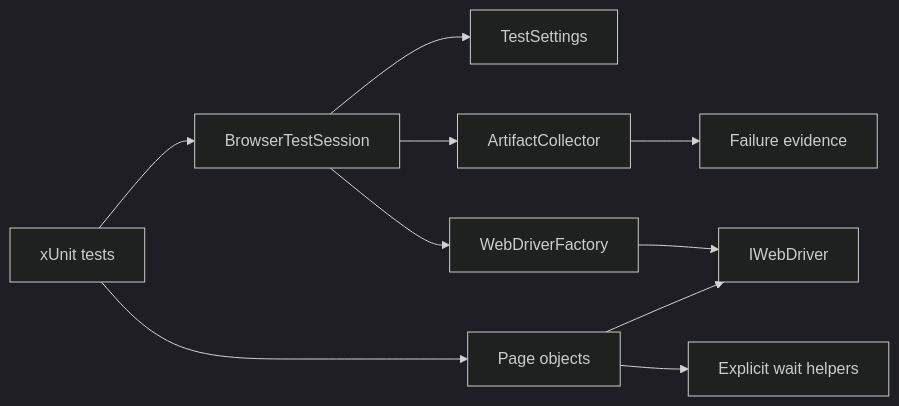
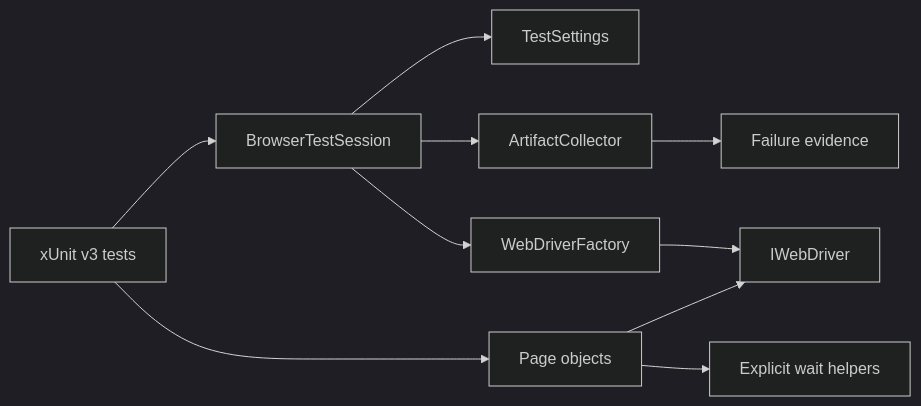
Before and after one commit to portyu9/qa-automation-dotnet-selenium: the diagram in docs/ARCHITECTURE.md, drawn with Mermaid (dark theme). The commit also changed other lines of this file and 6 other files, not shown here.

````diff
--- a/docs/ARCHITECTURE.md
+++ b/docs/ARCHITECTURE.md
@@ -7,12 +7,12 @@
 ```mermaid
 flowchart LR
-    T[xUnit tests] --> S[BrowserTestSession]
+    T[xUnit v3 tests] --> S[BrowserTestSession]
     S --> C[TestSettings]
     S --> F[WebDriverFactory]
     T --> P[Page objects]
     P --> W[Explicit wait helpers]
     P --> D[IWebDriver]
     F --> D
     S --> A[ArtifactCollector]
     A --> E[Failure evidence]
 ```
````
